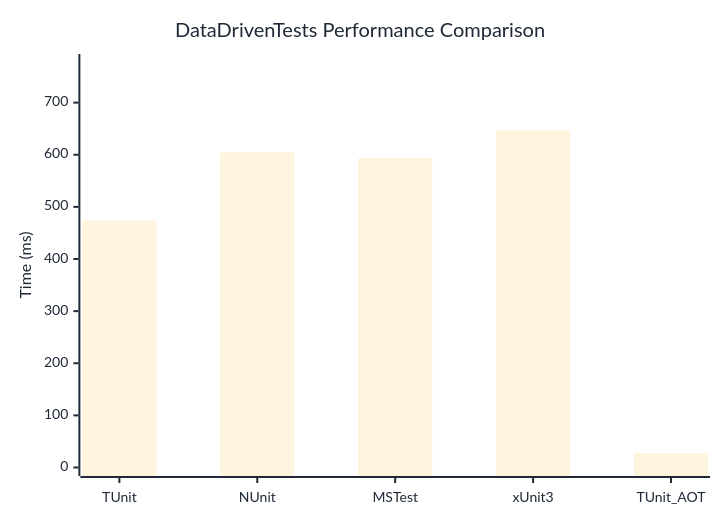
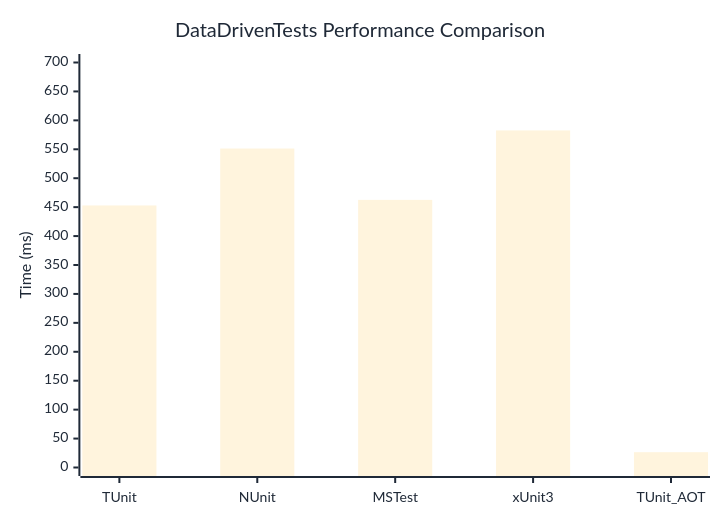
Before and after one commit to thomhurst/TUnit: the diagram in docs/docs/benchmarks/DataDrivenTests.md, drawn with Mermaid. The commit also changed other lines of this file and 17 other files, not shown here.

````diff
--- a/docs/docs/benchmarks/DataDrivenTests.md
+++ b/docs/docs/benchmarks/DataDrivenTests.md
@@ -27,37 +27,37 @@
 ```mermaid
 %%{init: {
   'theme':'base',
   'themeVariables': {
     'primaryColor': '#2563eb',
     'primaryTextColor': '#1f2937',
     'primaryBorderColor': '#1e40af',
     'lineColor': '#6b7280',
     'secondaryColor': '#7c3aed',
     'tertiaryColor': '#dc2626',
     'background': '#ffffff',
     'mainBkg': '#2563eb',
     'secondBkg': '#7c3aed',
     'tertiaryBkg': '#dc2626',
     'clusterBkg': '#f3f4f6',
     'edgeLabelBackground': '#ffffff',
     'tertiaryTextColor': '#1f2937',
     'pie1': '#2563eb',
     'pie2': '#7c3aed',
     'pie3': '#dc2626',
     'pie4': '#f59e0b',
     'pie5': '#10b981',
     'pie6': '#06b6d4',
     'pie7': '#ec4899',
     'pie8': '#6366f1',
     'pie9': '#84cc16',
     'pie10': '#f97316',
     'pie11': '#14b8a6',
     'pie12': '#a855f7'
   }
 }}%%
 xychart-beta
   title "DataDrivenTests Performance Comparison"
   x-axis ["TUnit", "NUnit", "MSTest", "xUnit3", "TUnit_AOT"]
-  y-axis "Time (ms)" 0 --> 777
-  bar [474.02, 604.71, 593.49, 646.83, 27.77]
+  y-axis "Time (ms)" 0 --> 700
+  bar [452.95, 551.31, 462.56, 582.59, 26.46]
 ```
````
